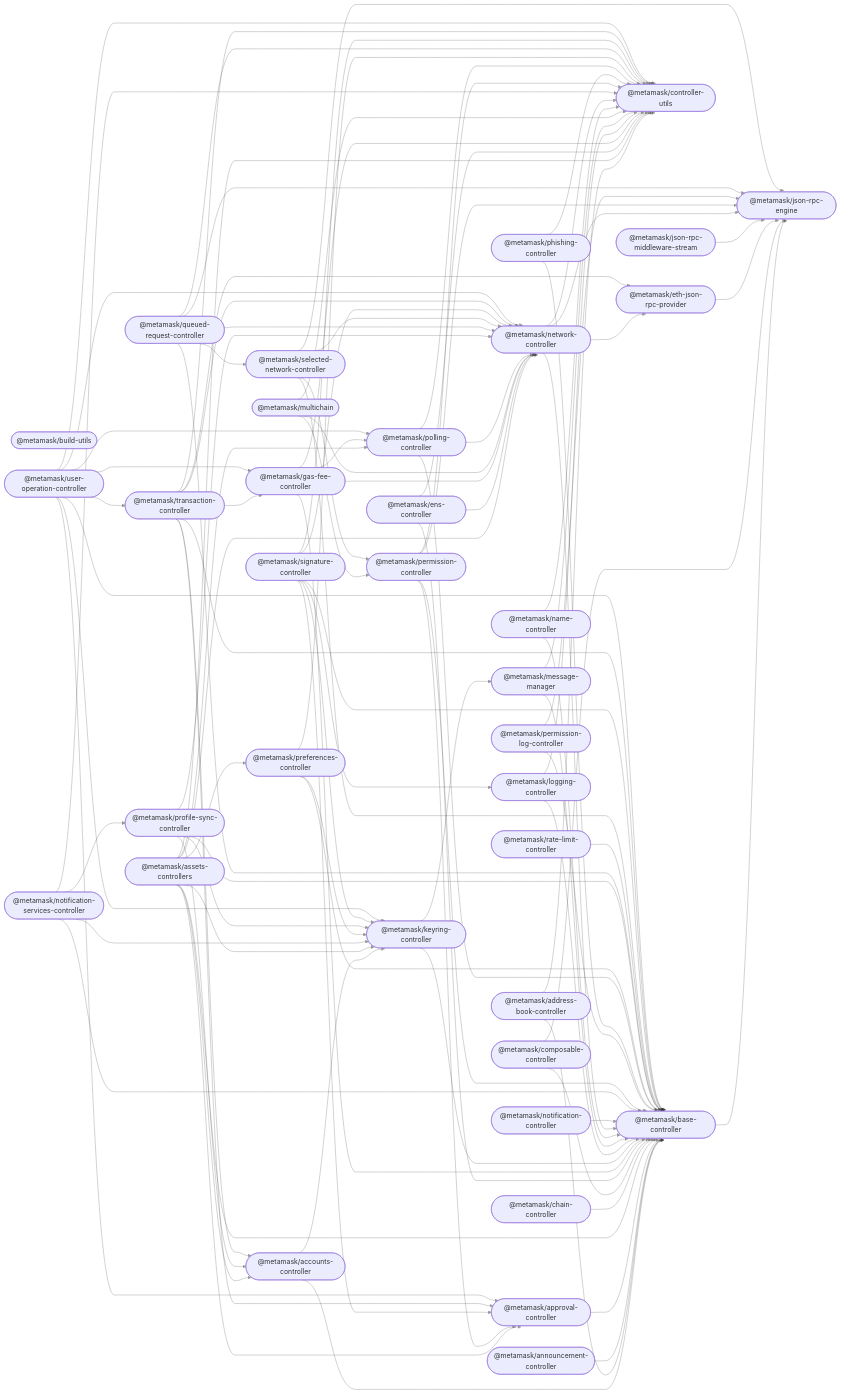
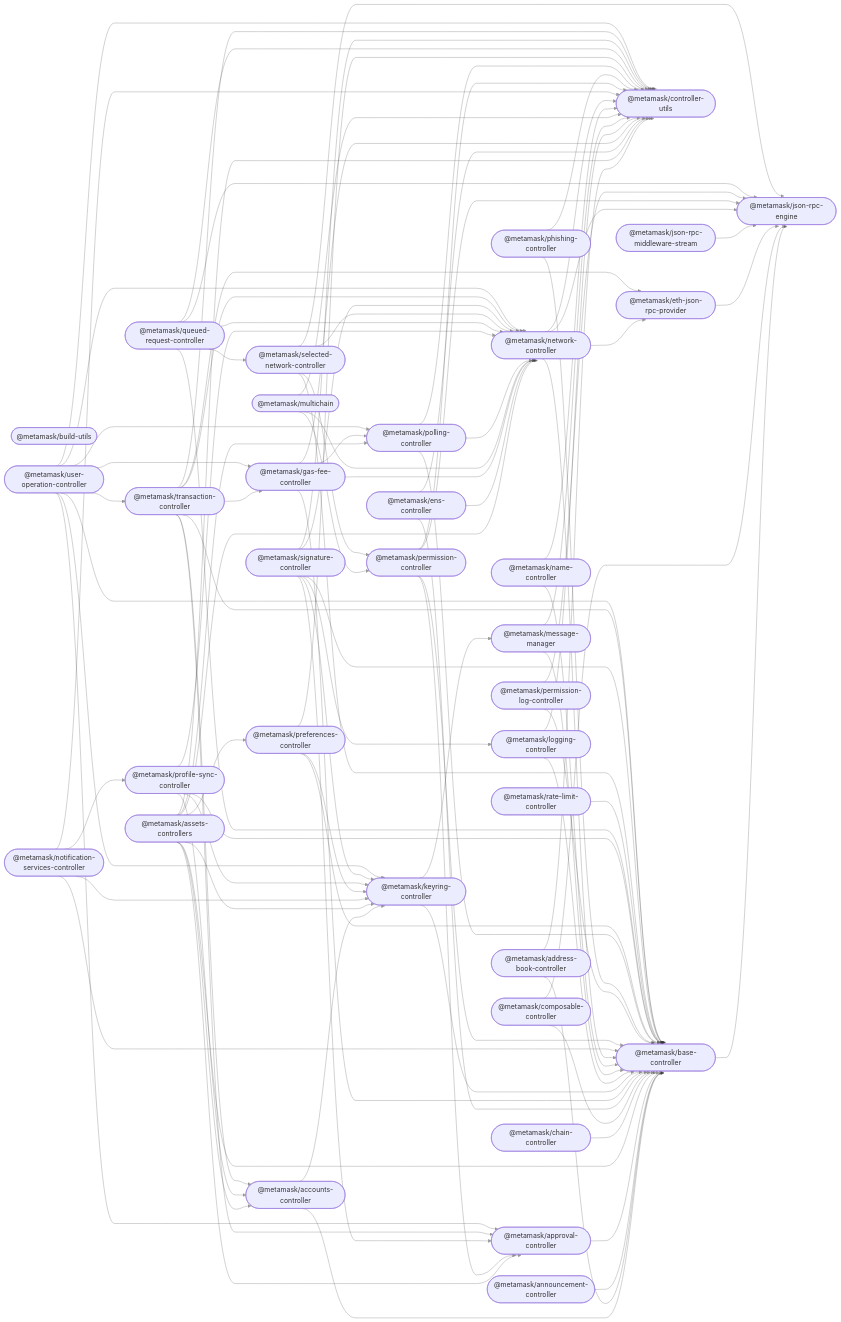
The diagram in README.md (MetaMask/core), drawn with Mermaid before and after one commit. The commit also changed other lines of this file and 15 other files, not shown here.

First line of the commit message:
Remove `NotificationController` (#4815)

```diff
--- a/README.md
+++ b/README.md
@@ -85,7 +84,6 @@
   multichain(["@metamask/multichain"]);
   name_controller(["@metamask/name-controller"]);
   network_controller(["@metamask/network-controller"]);
-  notification_controller(["@metamask/notification-controller"]);
   notification_services_controller(["@metamask/notification-services-controller"]);
   permission_controller(["@metamask/permission-controller"]);
   permission_log_controller(["@metamask/permission-log-controller"]);
@@ -141,7 +139,6 @@
   network_controller --> controller_utils;
   network_controller --> eth_json_rpc_provider;
   network_controller --> json_rpc_engine;
-  notification_controller --> base_controller;
   notification_services_controller --> base_controller;
   notification_services_controller --> controller_utils;
   notification_services_controller --> keyring_controller;
```
